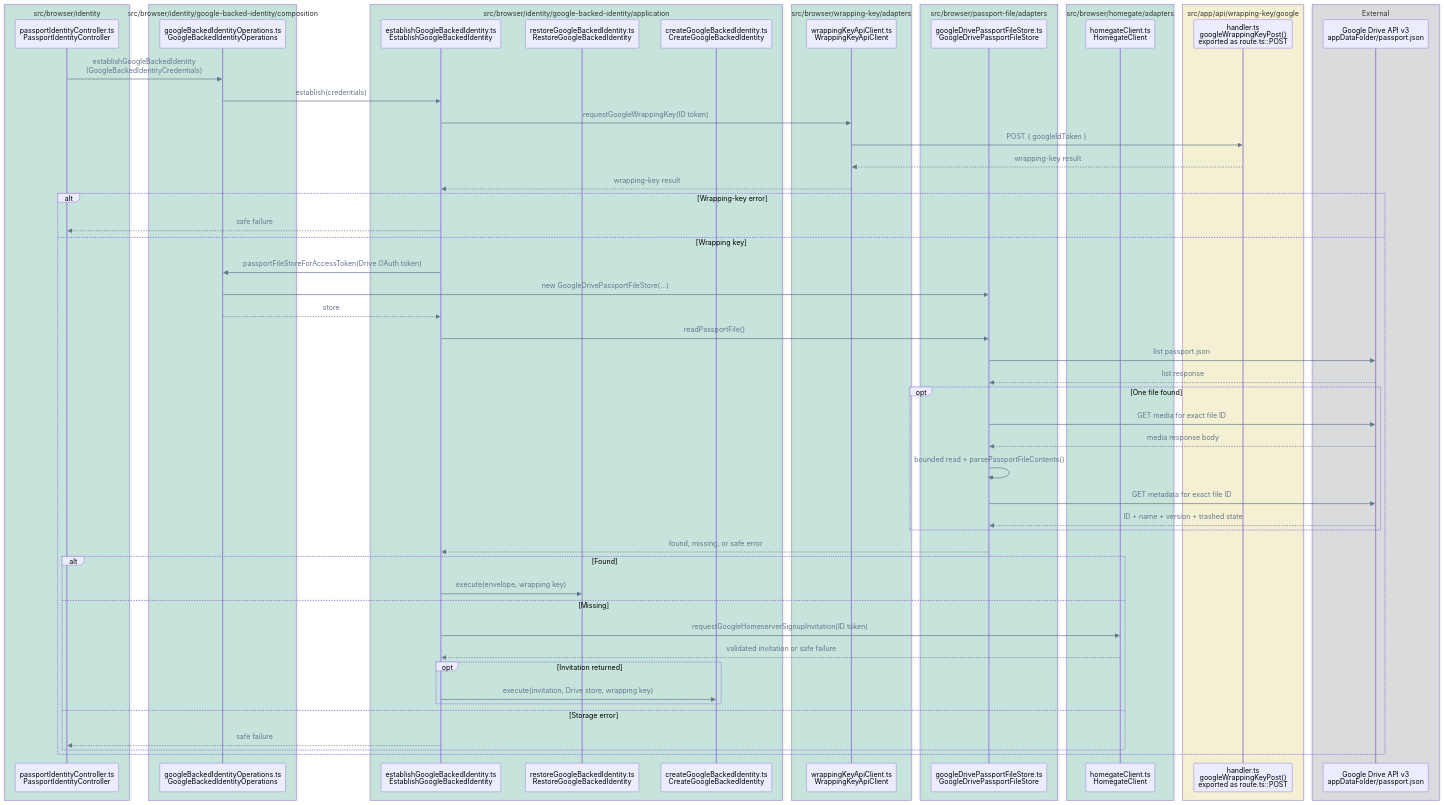
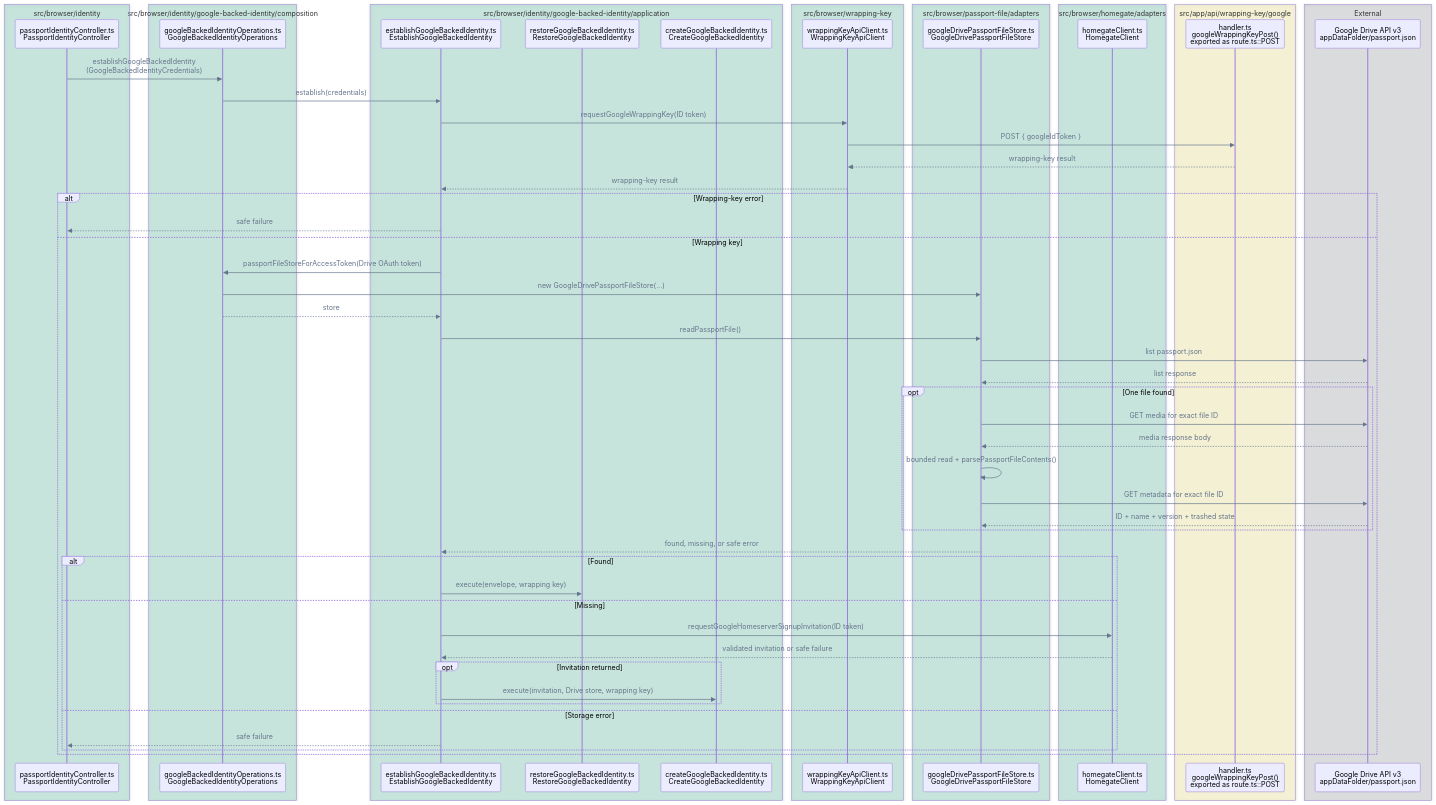
Before and after one commit to pubky/pubky-passport: the eighth of 14 diagrams in FLOWS.md, drawn with Mermaid. The commit also changed other lines of this file and 17 other files, not shown here.

Commit message:
refactor: simplify feature architecture boundaries

````diff
--- a/FLOWS.md
+++ b/FLOWS.md
@@ -383,68 +383,68 @@
 ```mermaid
 %%{init: {"themeVariables": {"signalColor": "#64748B", "signalTextColor": "#64748B"}}}%%
 sequenceDiagram
     accTitle: Google-backed custody/recovery establishment call flow
     accDescr: GoogleBackedIdentityOperations requests a wrapping key, reads the Google Drive Passport file, and dispatches a found file to restore or requests a Homegate invitation before creating a missing identity, without passing the wrapping key to Drive storage.
     box rgba(0, 158, 115, 0.18) src/browser/identity
         participant Controller as passportIdentityController.ts<br/>PassportIdentityController
     end
     box rgba(0, 158, 115, 0.18) src/browser/identity/google-backed-identity/composition
         participant Operations as googleBackedIdentityOperations.ts<br/>GoogleBackedIdentityOperations
     end
     box rgba(0, 158, 115, 0.18) src/browser/identity/google-backed-identity/application
         participant Establish as establishGoogleBackedIdentity.ts<br/>EstablishGoogleBackedIdentity
         participant Restore as restoreGoogleBackedIdentity.ts<br/>RestoreGoogleBackedIdentity
         participant Creator as createGoogleBackedIdentity.ts<br/>CreateGoogleBackedIdentity
     end
-    box rgba(0, 158, 115, 0.18) src/browser/wrapping-key/adapters
+    box rgba(0, 158, 115, 0.18) src/browser/wrapping-key
         participant Wrapping as wrappingKeyApiClient.ts<br/>WrappingKeyApiClient
     end
     box rgba(0, 158, 115, 0.18) src/browser/passport-file/adapters
         participant DriveStore as googleDrivePassportFileStore.ts<br/>GoogleDrivePassportFileStore
     end
     box rgba(0, 158, 115, 0.18) src/browser/homegate/adapters
         participant Invite as homegateClient.ts<br/>HomegateClient
     end
     box rgba(240, 228, 66, 0.18) src/app/api/wrapping-key/google
         participant API as handler.ts<br/>googleWrappingKeyPost()<br/>exported as route.ts::POST
     end
     box rgba(17, 24, 39, 0.12) External
         participant Drive as Google Drive API v3<br/>appDataFolder/passport.json
     end
 
     Controller->>Operations: establishGoogleBackedIdentity<br/>(GoogleBackedIdentityCredentials)
     Operations->>Establish: establish(credentials)
     Establish->>Wrapping: requestGoogleWrappingKey(ID token)
     Wrapping->>API: POST { googleIdToken }
     API-->>Wrapping: wrapping-key result
     Wrapping-->>Establish: wrapping-key result
     alt Wrapping-key error
         Establish-->>Controller: safe failure
     else Wrapping key
         Establish->>Operations: passportFileStoreForAccessToken(Drive OAuth token)
         Operations->>DriveStore: new GoogleDrivePassportFileStore(...)
         Operations-->>Establish: store
         Establish->>DriveStore: readPassportFile()
         DriveStore->>Drive: list passport.json
         Drive-->>DriveStore: list response
         opt One file found
             DriveStore->>Drive: GET media for exact file ID
             Drive-->>DriveStore: media response body
             DriveStore->>DriveStore: bounded read + parsePassportFileContents()
             DriveStore->>Drive: GET metadata for exact file ID
             Drive-->>DriveStore: ID + name + version + trashed state
         end
         DriveStore-->>Establish: found, missing, or safe error
         alt Found
             Establish->>Restore: execute(envelope, wrapping key)
         else Missing
             Establish->>Invite: requestGoogleHomeserverSignupInvitation(ID token)
             Invite-->>Establish: validated invitation or safe failure
             opt Invitation returned
                 Establish->>Creator: execute(invitation, Drive store, wrapping key)
             end
         else Storage error
             Establish-->>Controller: safe failure
         end
     end
 ```
````
